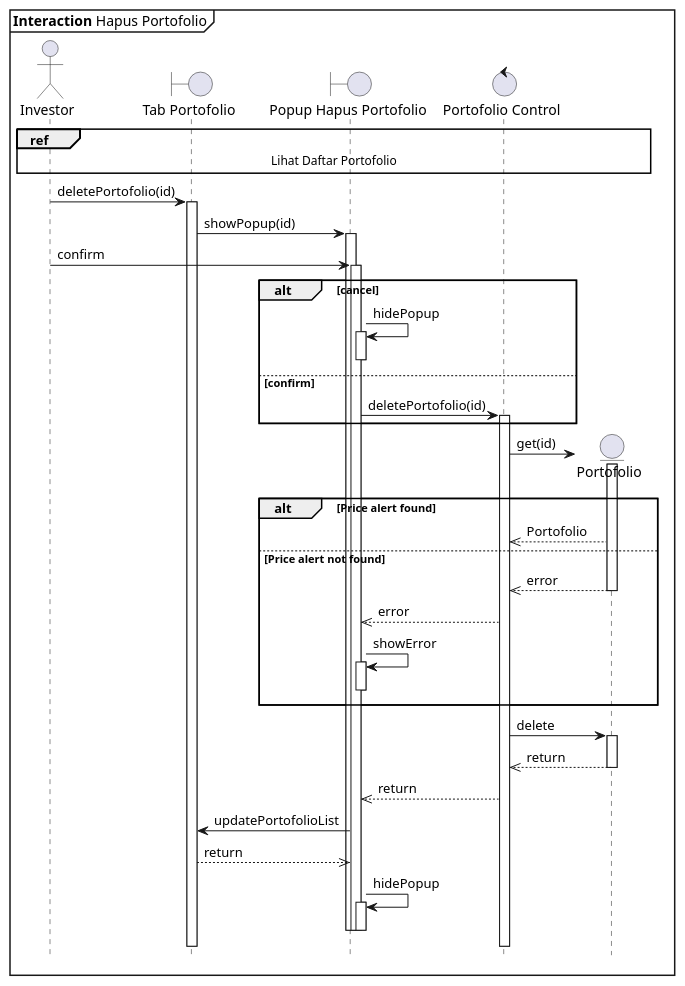
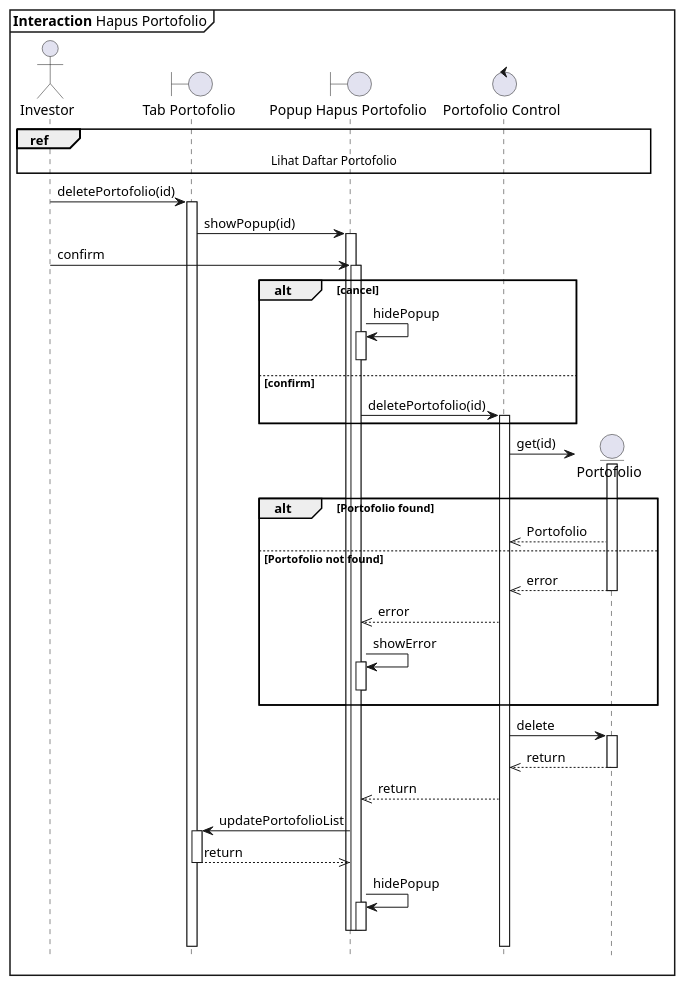
Before and after one commit to clarestarahma/manajemen-investasi: the diagram in sequence/hapus-portofolio.puml, drawn with PlantUML. The commit also changed 4 other files, not shown here.

```diff
--- a/sequence/hapus-portofolio.puml
+++ b/sequence/hapus-portofolio.puml
@@ -1,68 +1,71 @@
 @startuml Sequence
 
 skinparam maxMessageSize 250
 
 hide footbox
 
 mainframe **Interaction** Hapus Portofolio
 
 actor Investor as I
 boundary "Tab Portofolio" as TPH
 boundary "Popup Hapus Portofolio" as PHPH
 control "Portofolio Control" as PAC
 entity "Portofolio" as PA
 
 ref over I, PA : Lihat Daftar Portofolio
 
 I -> TPH : deletePortofolio(id)
 activate TPH
 
 TPH -> PHPH : showPopup(id)
 activate PHPH
 
 I -> PHPH : confirm
 activate PHPH
 
 alt cancel
   PHPH -> PHPH : hidePopup
   activate PHPH
   deactivate PHPH
 else confirm
   PHPH -> PAC : deletePortofolio(id)
   activate PAC
 end
 
   PAC -> PA ** : get(id)
   activate PA
 
-  alt Price alert found
+  alt Portofolio found
     PA -->> PAC : Portofolio
-  else Price alert not found
+  else Portofolio not found
     PA -->> PAC : error
     deactivate PA
     PAC -->> PHPH : error
     PHPH -> PHPH : showError
     activate PHPH
     deactivate PHPH
   end
 
   PAC -> PA : delete
   activate PA
 
   PA -->> PAC : return
   deactivate PA
 
   PAC -->> PHPH : return
 
   PHPH -> TPH : updatePortofolioList
+  activate TPH
+
   TPH -->> PHPH : return
+  deactivate TPH
 
 PHPH -> PHPH : hidePopup
 activate PHPH
 deactivate PHPH
 deactivate PHPH
 deactivate PHPH
 
 
 
 @enduml
```
